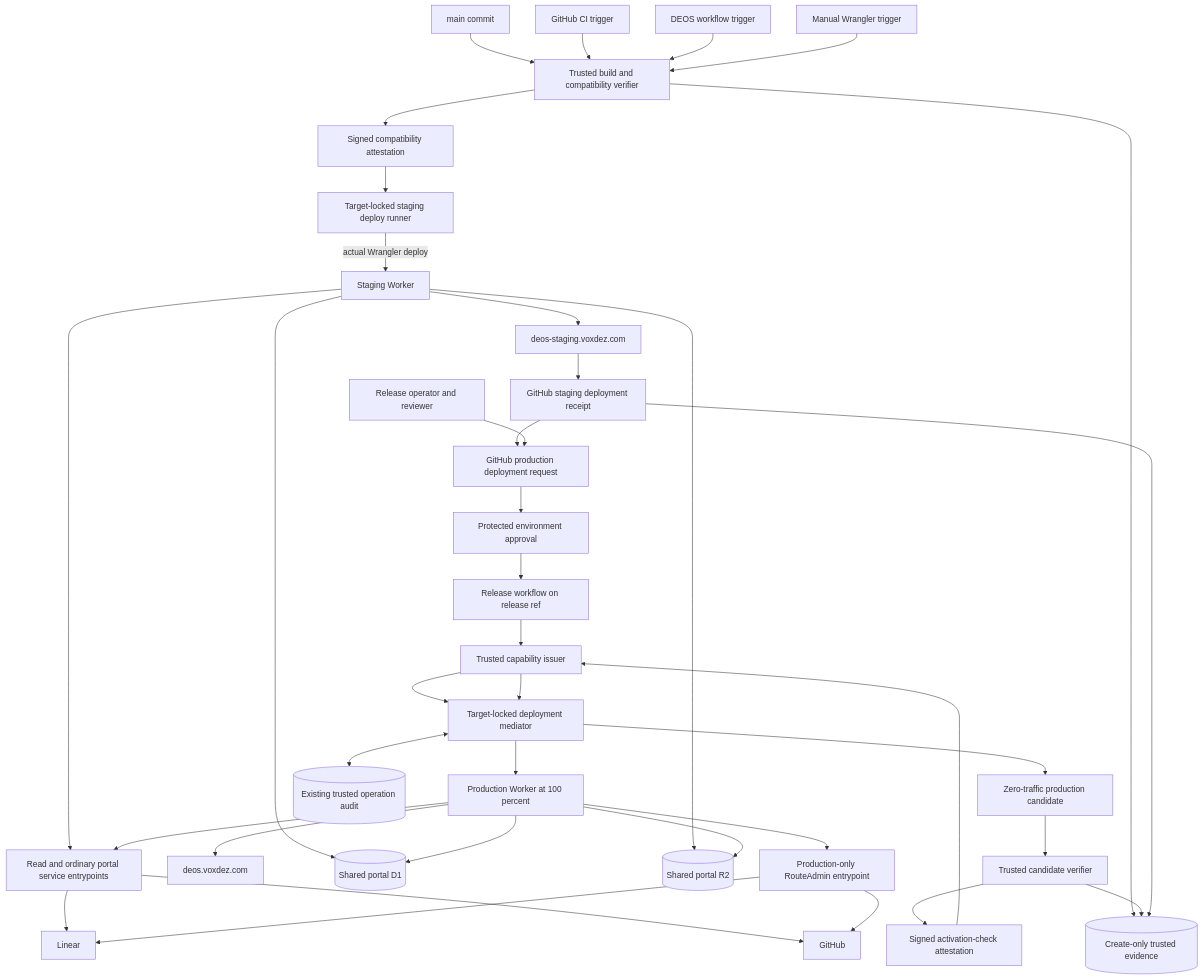
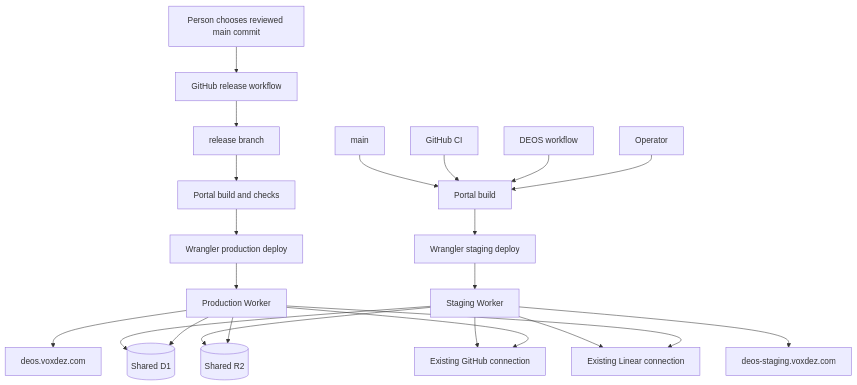
Before and after one commit to sachinkundu/deos: the diagram in openspec/changes/sac-155/design.md, drawn with Mermaid. The commit also changed other lines of this file, not shown here.

Commit message:
DEOS planning manifest workflow:2a653831-c1ec-4db7-972a-d0d08ac0a3d8:19832025-7d65-4441-af89-00833fbb8348:run:1:system_action:publish_design_revision:github.publish_design_candidate:7c27c6f9ef247d73947e93ebe080291096837a83e3f69c2e3b0d1efc5847a934:41

````diff
--- a/openspec/changes/sac-155/design.md
+++ b/openspec/changes/sac-155/design.md
@@ -19,43 +17,26 @@
 ```mermaid
 flowchart TB
-    M[main commit] --> BV[Trusted build and compatibility verifier]
-    CI[GitHub CI trigger] --> BV
-    DW[DEOS workflow trigger] --> BV
-    MW[Manual Wrangler trigger] --> BV
-    BV --> CA[Signed compatibility attestation]
-    CA --> SD[Target-locked staging deploy runner]
-    SD -->|actual Wrangler deploy| SW[Staging Worker]
+    M[main] --> SB[Portal build]
+    CI[GitHub CI] --> SB
+    DW[DEOS workflow] --> SB
+    OP[Operator] --> SB
+    SB --> SD[Wrangler staging deploy]
+    SD --> SW[Staging Worker]
     SW --> SH[deos-staging.voxdez.com]
-    SH --> SR[GitHub staging deployment receipt]
 
-    SR --> GD[GitHub production deployment request]
-    O[Release operator and reviewer] --> GD
-    GD --> PA[Protected environment approval]
-    PA --> RP[Release workflow on release ref]
-    RP --> IS[Trusted capability issuer]
-    IS --> DM[Target-locked deployment mediator]
-    DM --> PC[Zero-traffic production candidate]
-    PC --> AV[Trusted candidate verifier]
-    AV --> AA[Signed activation-check attestation]
-    AA --> IS
-    IS --> DM
-    DM --> PW[Production Worker at 100 percent]
+    H[Person chooses reviewed main commit] --> RW[GitHub release workflow]
+    RW --> RB[release branch]
+    RB --> PB[Portal build and checks]
+    PB --> PD[Wrangler production deploy]
+    PD --> PW[Production Worker]
     PW --> PH[deos.voxdez.com]
 
-    DM <--> OJ[(Existing trusted operation audit)]
-    BV --> EV[(Create-only trusted evidence)]
-    AV --> EV
-    SR --> EV
-
-    SW --> D1[(Shared portal D1)]
+    SW --> D1[(Shared D1)]
     PW --> D1
-    SW --> R2[(Shared portal R2)]
+    SW --> R2[(Shared R2)]
     PW --> R2
-    SW --> RS[Read and ordinary portal service entrypoints]
-    PW --> RS
-    PW --> RA[Production-only RouteAdmin entrypoint]
-    RS --> GH[GitHub]
-    RS --> LI[Linear]
-    RA --> GH
-    RA --> LI
+    SW --> GH[Existing GitHub connection]
+    PW --> GH
+    SW --> LI[Existing Linear connection]
+    PW --> LI
 ```
````
